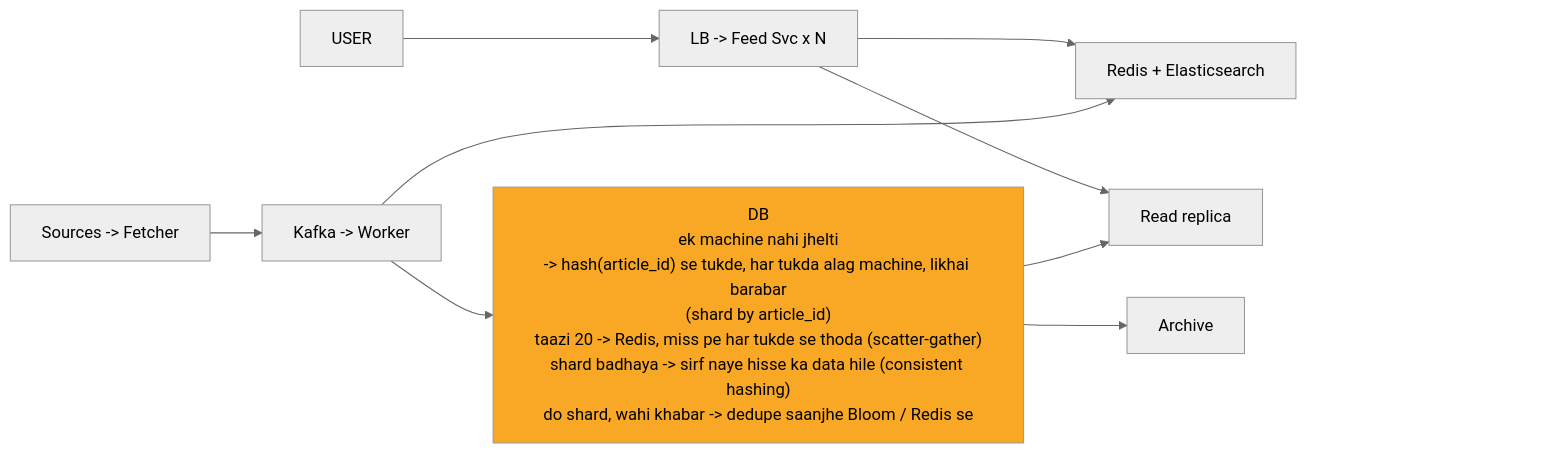
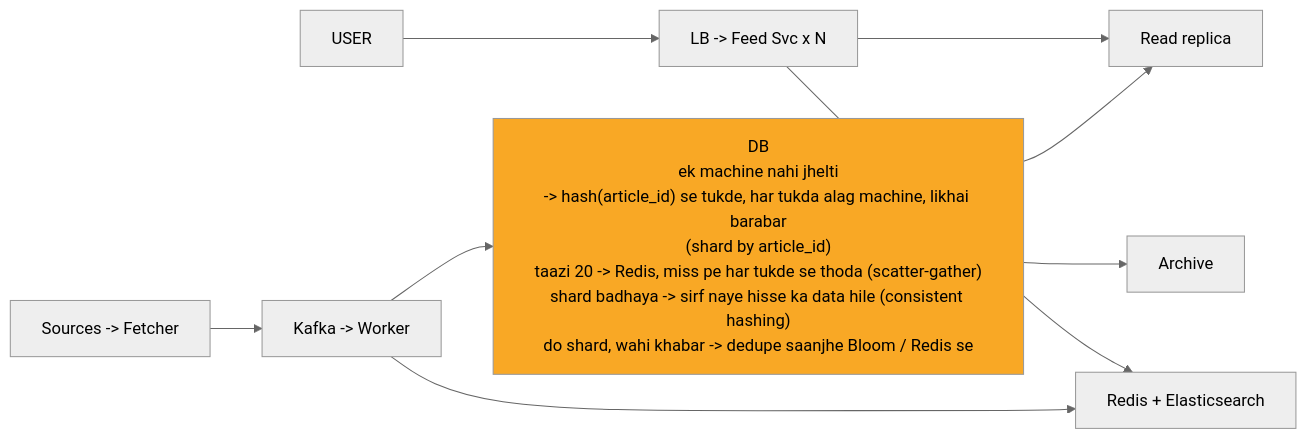
One commit to ArpanMaheshwari144/Prep changed the tenth of 11 diagrams in 04_HLD/SYSTEM_DESIGNS/08_news_aggregator/08_news_aggregator_INTERVIEW.md. Above: the diagram before and after it, drawn with Mermaid (neutral theme). The commit also changed other lines of this file and 182 other files, not shown here.

Commit message:
hld 14 file: har diagram mermaid-cli se SVG image (source details me), n_pad hataya, render tool 04_HLD/tools

````diff
--- a/04_HLD/SYSTEM_DESIGNS/08_news_aggregator/08_news_aggregator_INTERVIEW.md
+++ b/04_HLD/SYSTEM_DESIGNS/08_news_aggregator/08_news_aggregator_INTERVIEW.md
@@ -437,24 +477,21 @@
 ```mermaid
 %%{init: {"flowchart": {"wrappingWidth": 450}}}%%
 flowchart LR
     n_USER["USER"]
     n_LF["LB -> Feed Svc x N"]
     n_RES["Redis + Elasticsearch"]
     n_Read_replica["Read replica"]
     n_DB["DB<br/>ek machine nahi jhelti<br/>-> hash(article_id) se tukde, har tukda alag machine, likhai barabar<br/>(shard by article_id)<br/>taazi 20 -> Redis, miss pe har tukde se thoda (scatter-gather)<br/>shard badhaya -> sirf naye hisse ka data hile (consistent hashing)<br/>do shard, wahi khabar -> dedupe saanjhe Bloom / Redis se"]
     n_Archive["Archive"]
     n_KW["Kafka -> Worker"]
     n_SF["Sources -> Fetcher"]
     n_USER --> n_LF
     n_LF --> n_RES
     n_LF --> n_Read_replica
     n_DB --> n_Read_replica
     n_DB --> n_Archive
     n_KW --> n_DB
     n_KW --> n_RES
     n_SF --> n_KW
-    n_pad["xxxxxxxxxxxxxxxx"]
-    n_Archive ~~~ n_pad
     style n_DB fill:#f9a825,color:#000
-    style n_pad fill:none,stroke:none,color:#ffffff00
 ```
````
